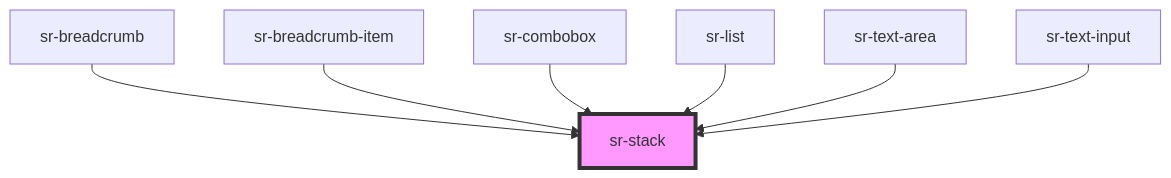
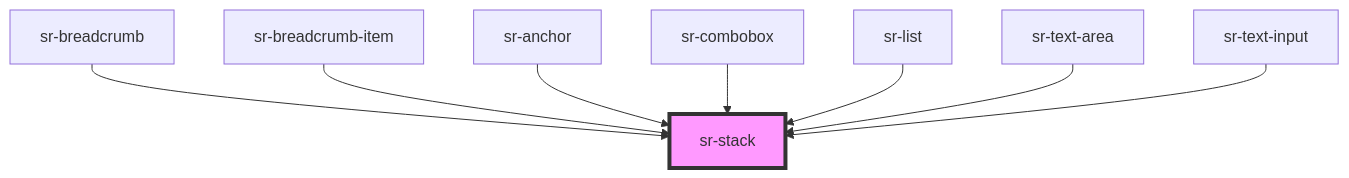
Before and after one commit to tonyblu331/spotify-replay-design-system: the diagram in src/components/layouts/sr-stack/readme.md, drawn with Mermaid. The commit also changed 5 other files, not shown here.

````diff
--- a/src/components/layouts/sr-stack/readme.md
+++ b/src/components/layouts/sr-stack/readme.md
@@ -33,10 +33,11 @@
 ```mermaid
 graph TD;
   sr-breadcrumb --> sr-stack
   sr-breadcrumb-item --> sr-stack
+  sr-anchor --> sr-stack
   sr-combobox --> sr-stack
   sr-list --> sr-stack
   sr-text-area --> sr-stack
   sr-text-input --> sr-stack
   style sr-stack fill:#f9f,stroke:#333,stroke-width:4px
 ```
````
